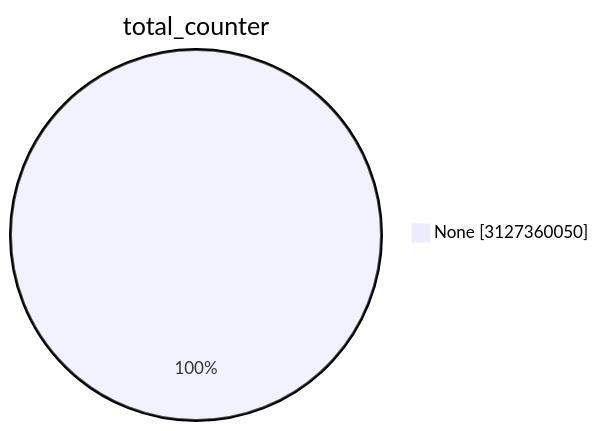
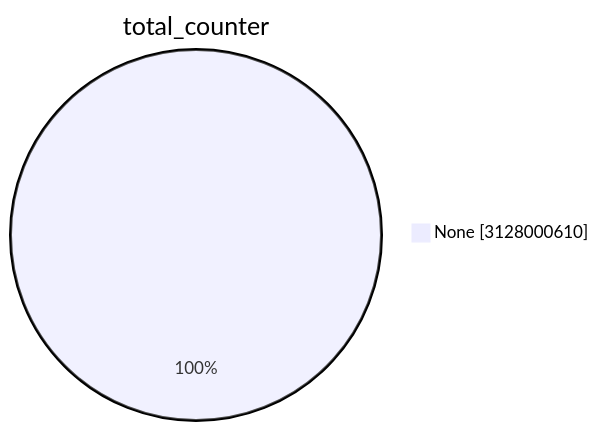
Before and after one commit to christiankrug/ctmonitor_visualization: the first of 15 diagrams in TOTAL/README.md, drawn with Mermaid. The commit also changed other lines of this file, not shown here.

````diff
--- a/TOTAL/README.md
+++ b/TOTAL/README.md
@@ -1,5 +1,5 @@
 ```mermaid
 pie showData
 title total_counter
-"None" :3127360050
+"None" :3128000610
 ```
````
